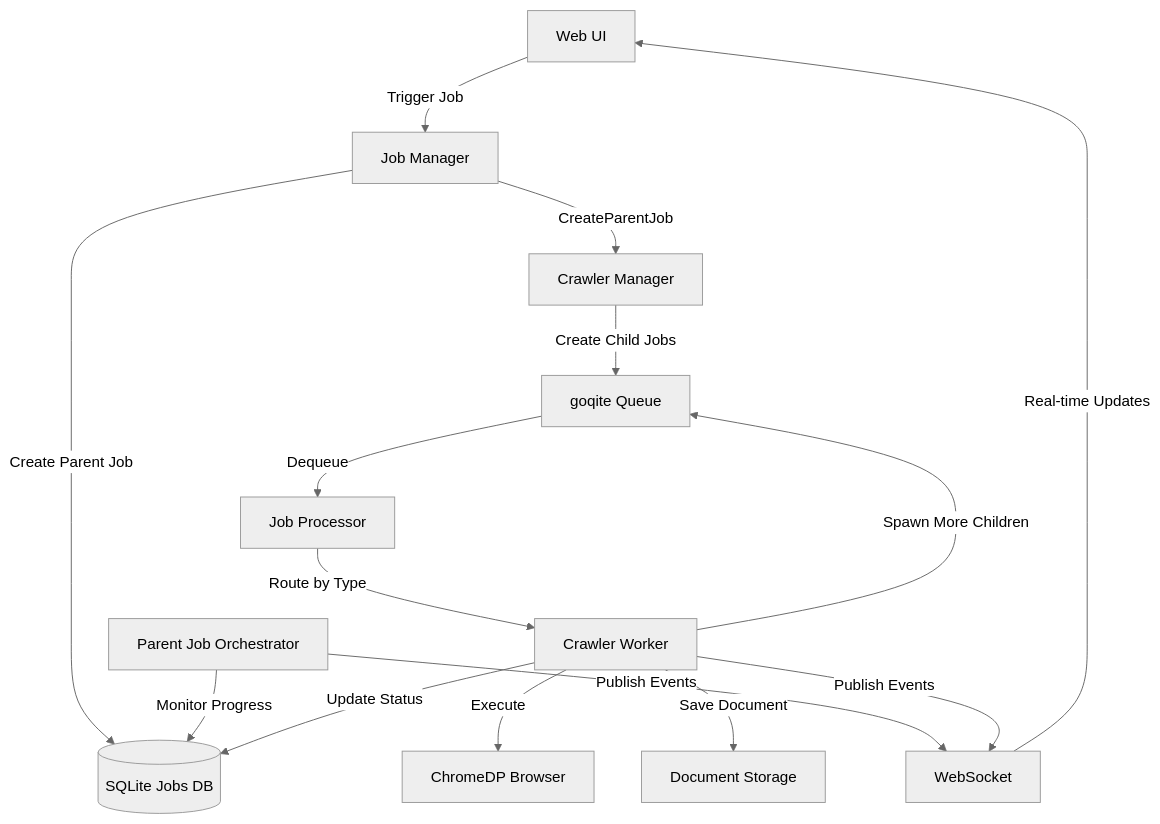
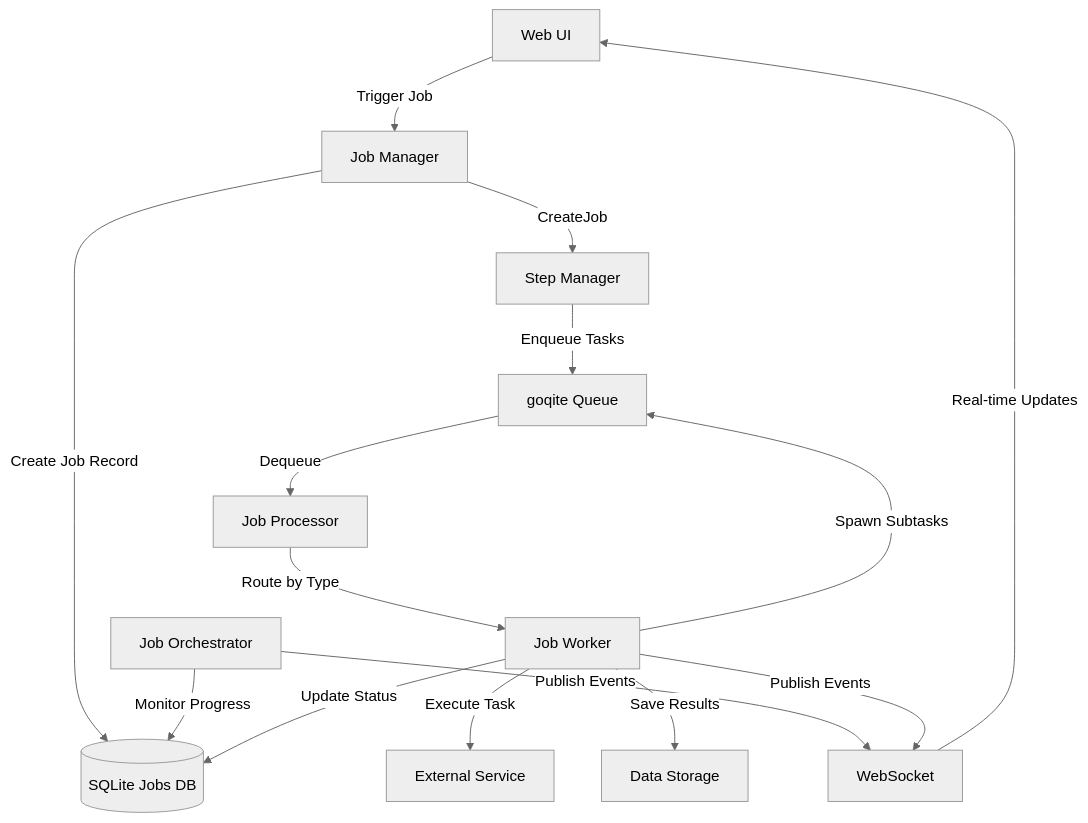
Before and after one commit to ternarybob/quaero: the first of 2 diagrams in docs/architecture/MANAGER_WORKER_ARCHITECTURE.md, drawn with Mermaid (neutral theme). The commit also changed other lines of this file and 1 other file, not shown here.

First line of the commit message:
docs: Update Manager/Worker architecture documentation

````diff
--- a/docs/architecture/MANAGER_WORKER_ARCHITECTURE.md
+++ b/docs/architecture/MANAGER_WORKER_ARCHITECTURE.md
@@ -23,20 +23,20 @@
 ```mermaid
 graph TB
     UI[Web UI] -->|Trigger Job| Manager[Job Manager]
-    Manager -->|Create Parent Job| DB[(SQLite Jobs DB)]
-    Manager -->|CreateParentJob| StepExecutor[Crawler Manager]
-    StepExecutor -->|Create Child Jobs| Queue[goqite Queue]
+    Manager -->|Create Job Record| DB[(SQLite Jobs DB)]
+    Manager -->|CreateJob| StepMgr[Step Manager]
+    StepMgr -->|Enqueue Tasks| Queue[goqite Queue]
 
     Queue -->|Dequeue| Processor[Job Processor]
-    Processor -->|Route by Type| Worker[Crawler Worker]
-    Worker -->|Execute| ChromeDP[ChromeDP Browser]
-    Worker -->|Save Document| DocStore[Document Storage]
-    Worker -->|Spawn More Children| Queue
+    Processor -->|Route by Type| Worker[Job Worker]
+    Worker -->|Execute Task| Service[External Service]
+    Worker -->|Save Results| Storage[Data Storage]
+    Worker -->|Spawn Subtasks| Queue
 
-    Orchestrator[Parent Job Orchestrator] -->|Monitor Progress| DB
+    Orchestrator[Job Orchestrator] -->|Monitor Progress| DB
     Orchestrator -->|Publish Events| WS[WebSocket]
     WS -->|Real-time Updates| UI
 
     Worker -->|Update Status| DB
     Worker -->|Publish Events| WS
 ```
````
